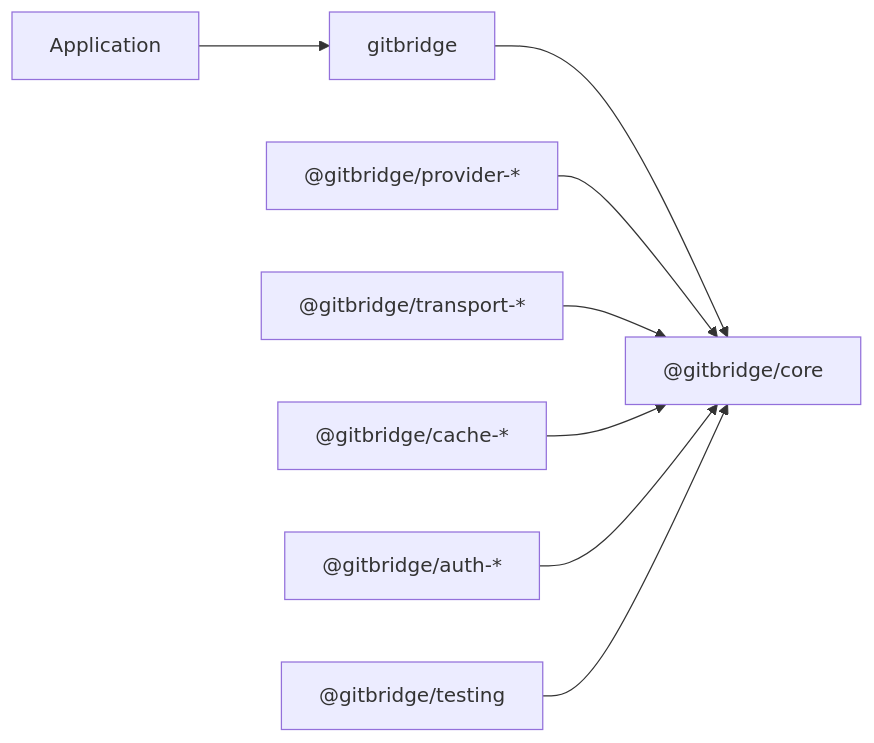
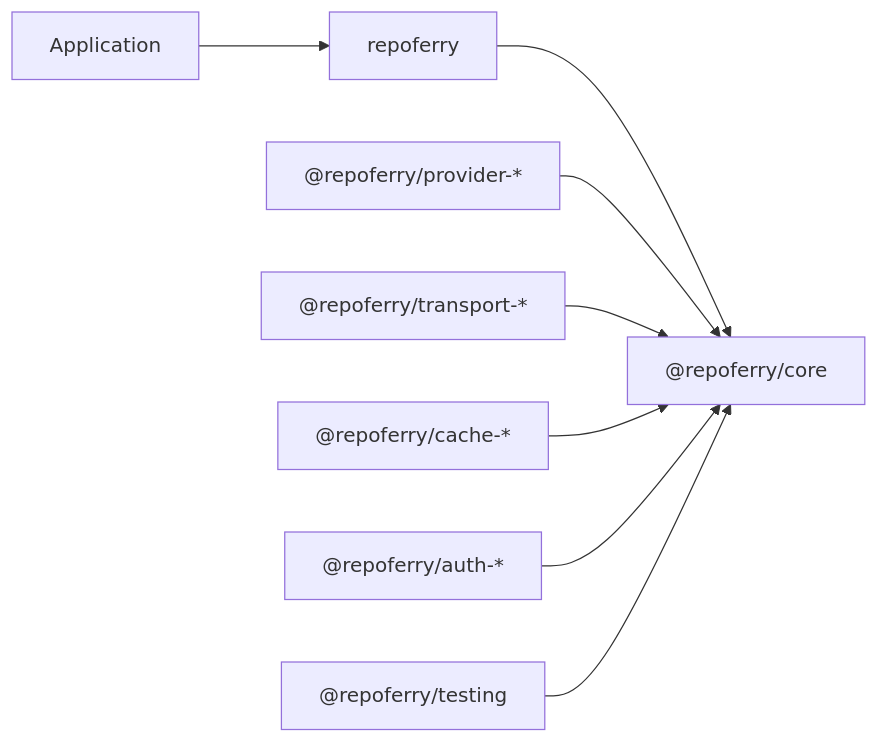
One commit to mriduldey/git-bridge changed the fourth of 4 diagrams in docs/architecture/adr/ADR-003.md. Above: the diagram before and after it, drawn with Mermaid. The commit also changed other lines of this file and 119 other files, not shown here.

````diff
--- a/docs/architecture/adr/ADR-003.md
+++ b/docs/architecture/adr/ADR-003.md
@@ -685,29 +685,29 @@
 ```mermaid
 flowchart LR
 
 APP["Application"]
 
-ROOT["gitbridge"]
+ROOT["repoferry"]
 
-CORE["@gitbridge/core"]
+CORE["@repoferry/core"]
 
-PROVIDER["@gitbridge/provider-*"]
+PROVIDER["@repoferry/provider-*"]
 
-TRANSPORT["@gitbridge/transport-*"]
+TRANSPORT["@repoferry/transport-*"]
 
-CACHE["@gitbridge/cache-*"]
+CACHE["@repoferry/cache-*"]
 
-AUTH["@gitbridge/auth-*"]
+AUTH["@repoferry/auth-*"]
 
-TESTING["@gitbridge/testing"]
+TESTING["@repoferry/testing"]
 
 APP --> ROOT
 
 ROOT --> CORE
 
 PROVIDER --> CORE
 TRANSPORT --> CORE
 CACHE --> CORE
 AUTH --> CORE
 TESTING --> CORE
 ```
````
